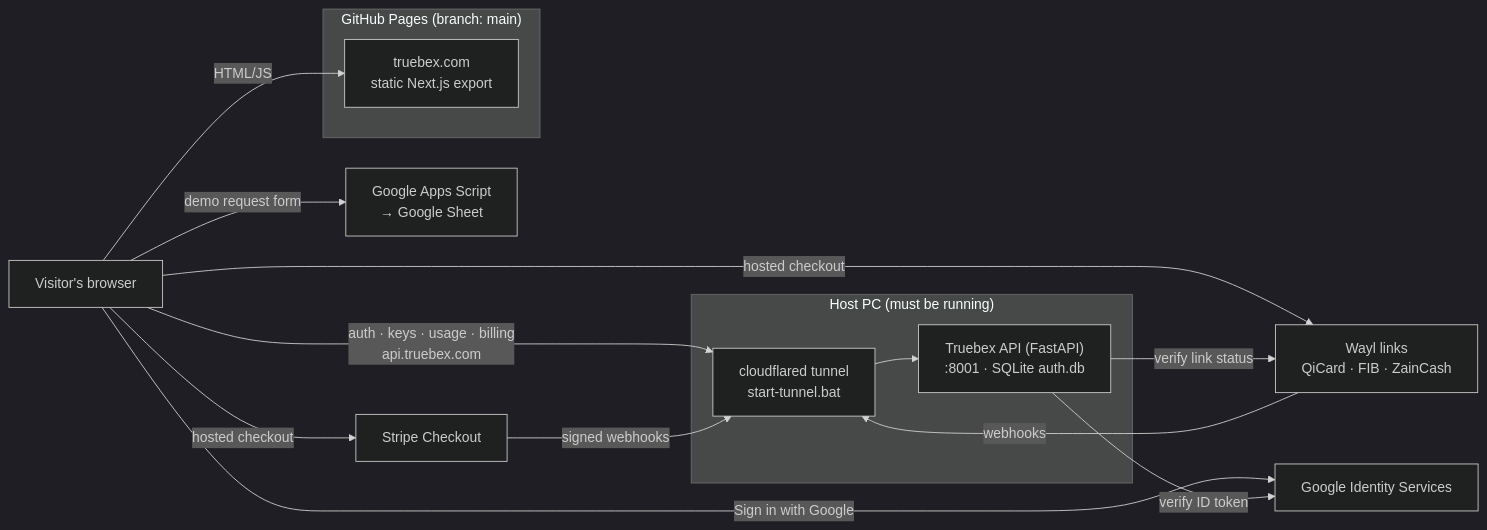
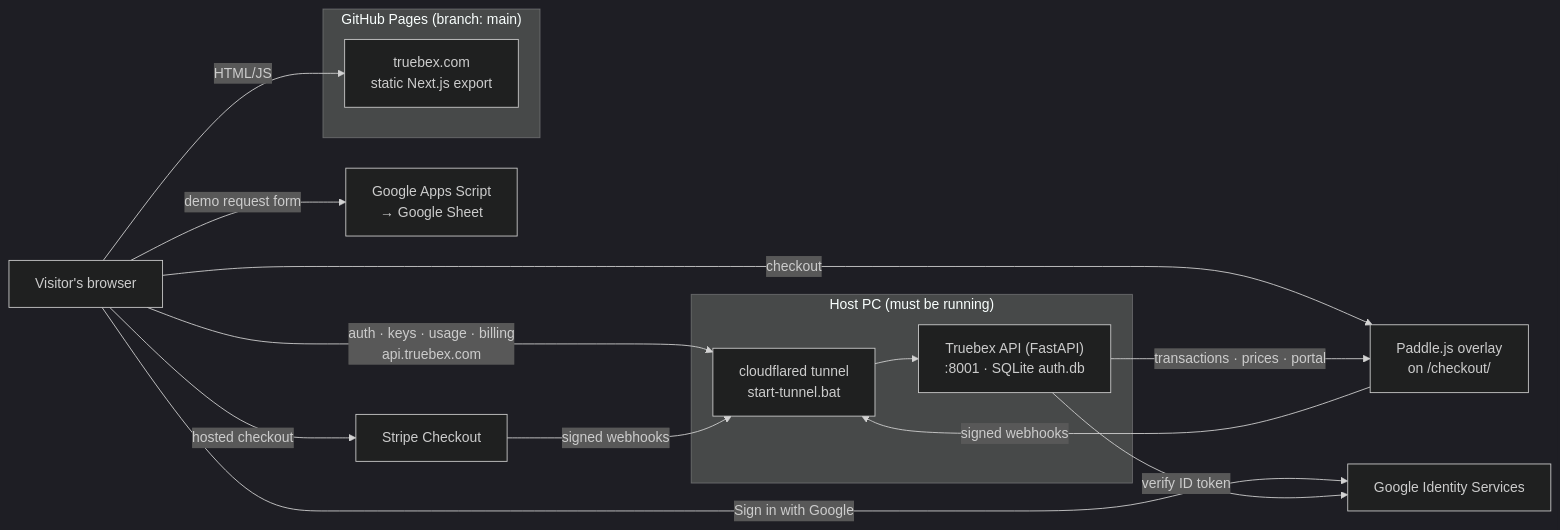
The diagram in README.md (dr99tm/Truebex), drawn with Mermaid (dark theme) before and after one commit. The commit also changed other lines of this file and 17 other files, not shown here.

First line of the commit message:
feat(site): billing page rewrite, /checkout/ with Paddle.js, Wayl retired from public copy

````diff
--- a/README.md
+++ b/README.md
@@ -42,30 +42,30 @@
 ```mermaid
 flowchart LR
     Browser["Visitor's browser"]
 
     subgraph GH["GitHub Pages (branch: main)"]
         Site["truebex.com<br/>static Next.js export"]
     end
 
     subgraph PC["Host PC (must be running)"]
         Tunnel["cloudflared tunnel<br/>start-tunnel.bat"]
         API["Truebex API (FastAPI)<br/>:8001 · SQLite auth.db"]
         Tunnel --> API
     end
 
     Google["Google Identity Services"]
     Sheets["Google Apps Script<br/>→ Google Sheet"]
+    Paddle["Paddle.js overlay<br/>on /checkout/"]
     Stripe["Stripe Checkout"]
-    Wayl["Wayl links<br/>QiCard · FIB · ZainCash"]
 
     Browser -->|HTML/JS| Site
     Browser -->|"auth · keys · usage · billing<br/>api.truebex.com"| Tunnel
     Browser -->|"Sign in with Google"| Google
     Browser -->|demo request form| Sheets
+    Browser -->|checkout| Paddle
     Browser -->|hosted checkout| Stripe
-    Browser -->|hosted checkout| Wayl
+    Paddle -->|signed webhooks| Tunnel
     Stripe -->|signed webhooks| Tunnel
-    Wayl -->|webhooks| Tunnel
-    API -->|"verify link status"| Wayl
+    API -->|"transactions · prices · portal"| Paddle
     API -->|"verify ID token"| Google
 ```
````
